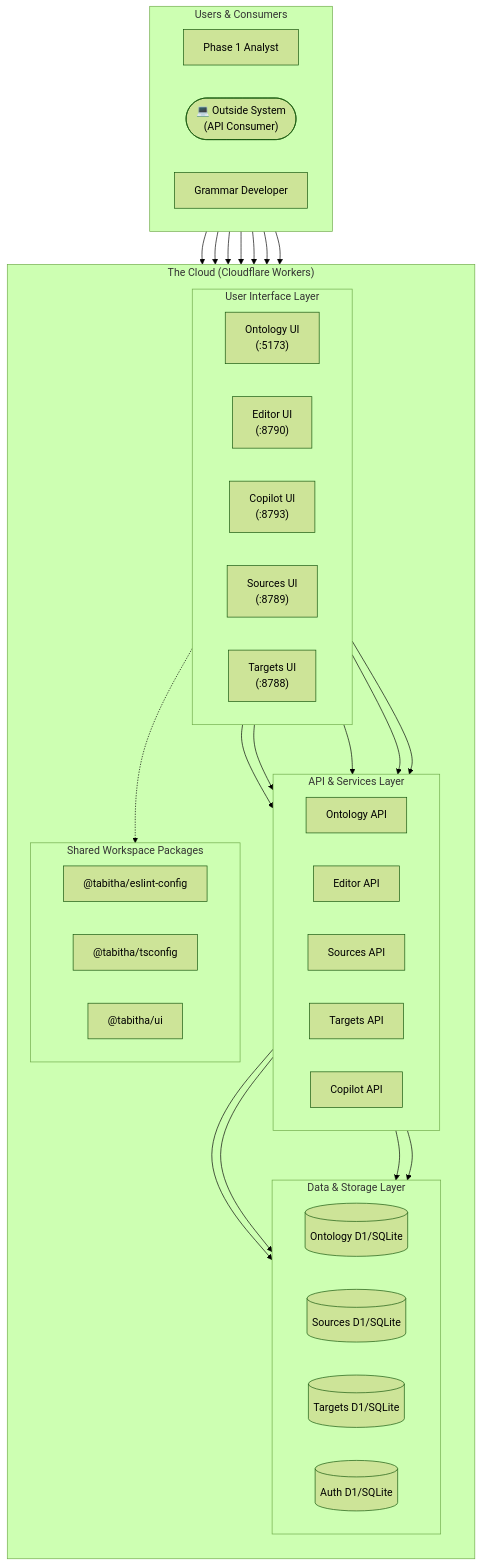
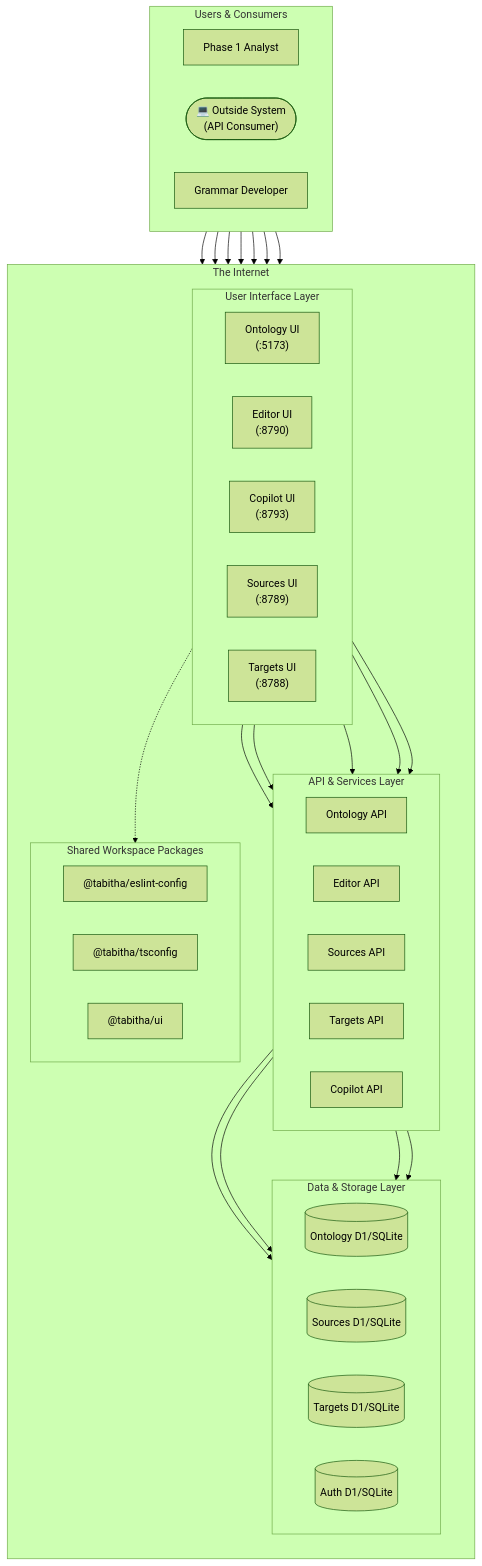
The diagram in README.md (presciencelabs/tabitha), drawn with Mermaid (forest theme) before and after one commit. The commit also changed other lines of this file, not shown here.

Commit message:
docs: refine development philosophies and architecture labels in README

````diff
--- a/README.md
+++ b/README.md
@@ -94,67 +94,67 @@
 ```mermaid
 graph TD;
     subgraph "Users & Consumers"
         direction LR
         Phase1Analyst[Phase 1 Analyst];
         OutsideSystem(["💻 Outside System <br/>(API Consumer)"]);
         GrammarDeveloper[Grammar Developer];
     end
 
-    subgraph Platform ["The Cloud (Cloudflare Workers)"]
+    subgraph Platform ["The Internet"]
         direction TB
 
         subgraph UILayer ["User Interface Layer"]
             direction LR
             OntologyUI["Ontology UI <br/>(:5173)"];
             EditorUI["Editor UI <br/>(:8790)"];
             CopilotUI["Copilot UI <br/>(:8793)"];
             SourcesUI["Sources UI <br/>(:8789)"];
             TargetsUI["Targets UI <br/>(:8788)"];
         end
 
         subgraph APILayer ["API & Services Layer"]
             direction LR
             OntologyAPI[Ontology API];
             EditorAPI[Editor API];
             SourcesAPI[Sources API];
             TargetsAPI[Targets API];
             CopilotAPI[Copilot API];
         end
 
         subgraph SharedPackages ["Shared Workspace Packages"]
             direction LR
             ESLintPkg["@tabitha/eslint-config"];
             TSConfigPkg["@tabitha/tsconfig"];
             UIPkg["@tabitha/ui"];
         end
 
         subgraph DataLayer ["Data & Storage Layer"]
             direction LR
             OntologyDB[(Ontology D1/SQLite)];
             SourcesDB[(Sources D1/SQLite)];
             TargetsDB[(Targets D1/SQLite)];
             AuthDB[(Auth D1/SQLite)];
         end
     end
 
     Phase1Analyst --> OntologyUI;
     Phase1Analyst --> EditorUI;
     Phase1Analyst --> CopilotUI;
     OutsideSystem --> OntologyAPI;
     OutsideSystem --> SourcesAPI;
     OutsideSystem --> TargetsAPI;
     OutsideSystem --> CopilotAPI;
 
     OntologyUI --> OntologyAPI;
     EditorUI --> EditorAPI;
     SourcesUI --> SourcesAPI;
     TargetsUI --> TargetsAPI;
     CopilotUI --> CopilotAPI;
 
     UILayer -.-> SharedPackages;
 
     OntologyAPI --> OntologyDB;
     OntologyAPI --> AuthDB;
     SourcesAPI --> SourcesDB;
     TargetsAPI --> TargetsDB;
 ```
````
